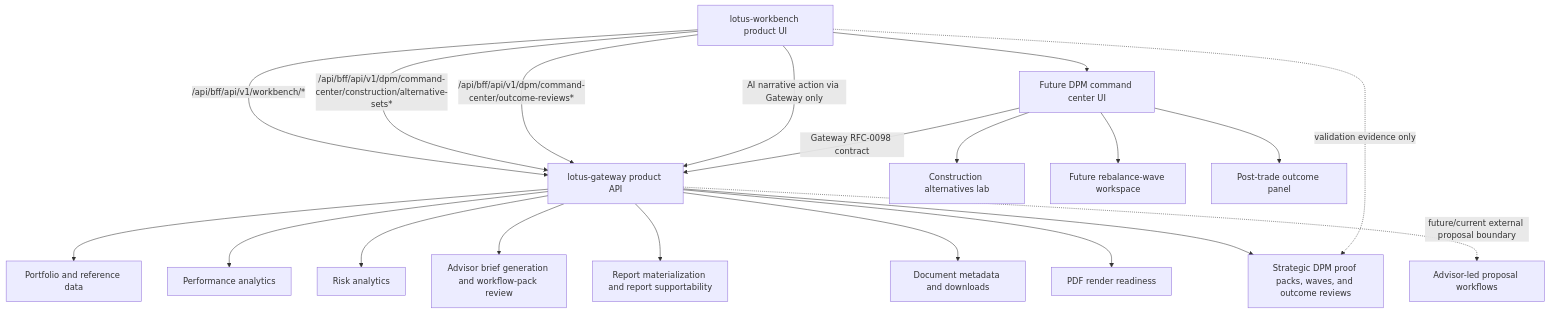
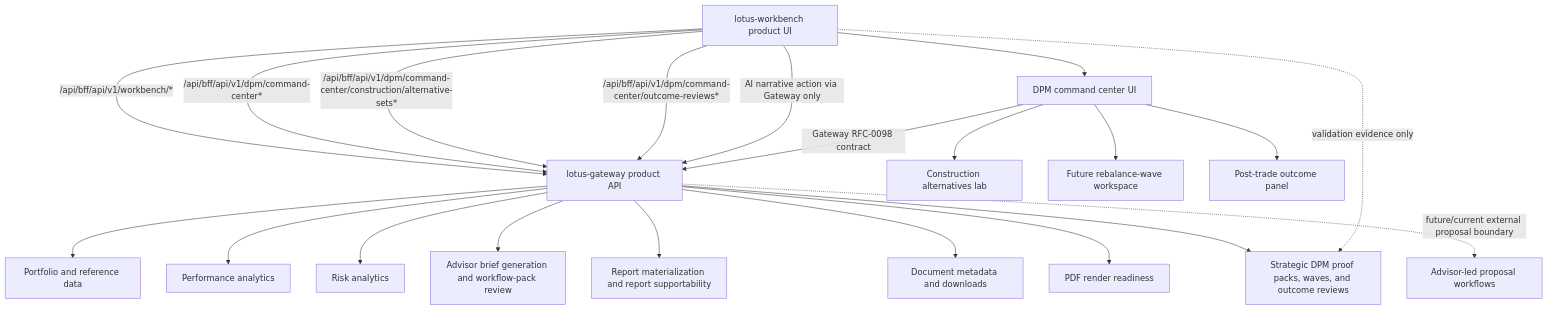
One commit to sgajbi/advisor-workbench changed the diagram in wiki/Integrations.md. Above: the diagram before and after it, drawn with Mermaid. The commit also changed other lines of this file and 18 other files, not shown here.

Commit message:
Implement DPM command center cockpit

````diff
--- a/wiki/Integrations.md
+++ b/wiki/Integrations.md
@@ -102,38 +108,39 @@
 ```mermaid
 flowchart TB
   Workbench[lotus-workbench product UI]
   Gateway[lotus-gateway product API]
   Core[Portfolio and reference data]
   Performance[Performance analytics]
   Risk[Risk analytics]
   AI[Advisor brief generation and workflow-pack review]
   Report[Report materialization and report supportability]
   Archive[Document metadata and downloads]
   Render[PDF render readiness]
   Manage[Strategic DPM proof packs, waves, and outcome reviews]
   Construction[Construction alternatives lab]
   Waves[Future rebalance-wave workspace]
   Outcomes[Post-trade outcome panel]
   Advise[Advisor-led proposal workflows]
-  DpmCenter[Future DPM command center UI]
+  DpmCenter[DPM command center UI]
 
   Workbench -->|/api/bff/api/v1/workbench/*| Gateway
   Workbench --> DpmCenter
+  Workbench -->|/api/bff/api/v1/dpm/command-center*| Gateway
   Workbench -->|/api/bff/api/v1/dpm/command-center/construction/alternative-sets*| Gateway
   Workbench -->|/api/bff/api/v1/dpm/command-center/outcome-reviews*| Gateway
   Workbench -->|AI narrative action via Gateway only| Gateway
   DpmCenter --> Waves
   DpmCenter --> Construction
   DpmCenter --> Outcomes
   DpmCenter -->|Gateway RFC-0098 contract| Gateway
   Gateway --> Core
   Gateway --> Performance
   Gateway --> Risk
   Gateway --> AI
   Gateway --> Report
   Gateway --> Archive
   Gateway --> Render
   Gateway --> Manage
   Gateway -. future/current external proposal boundary .-> Advise
   Workbench -. validation evidence only .-> Manage
 ```
````
